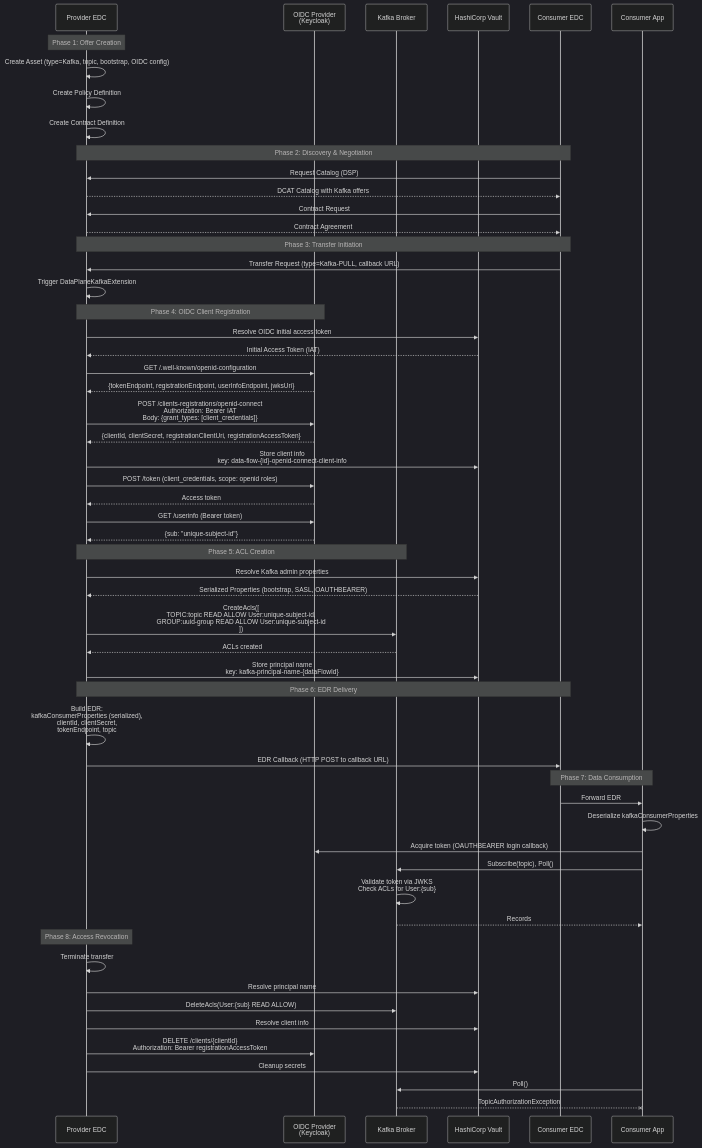
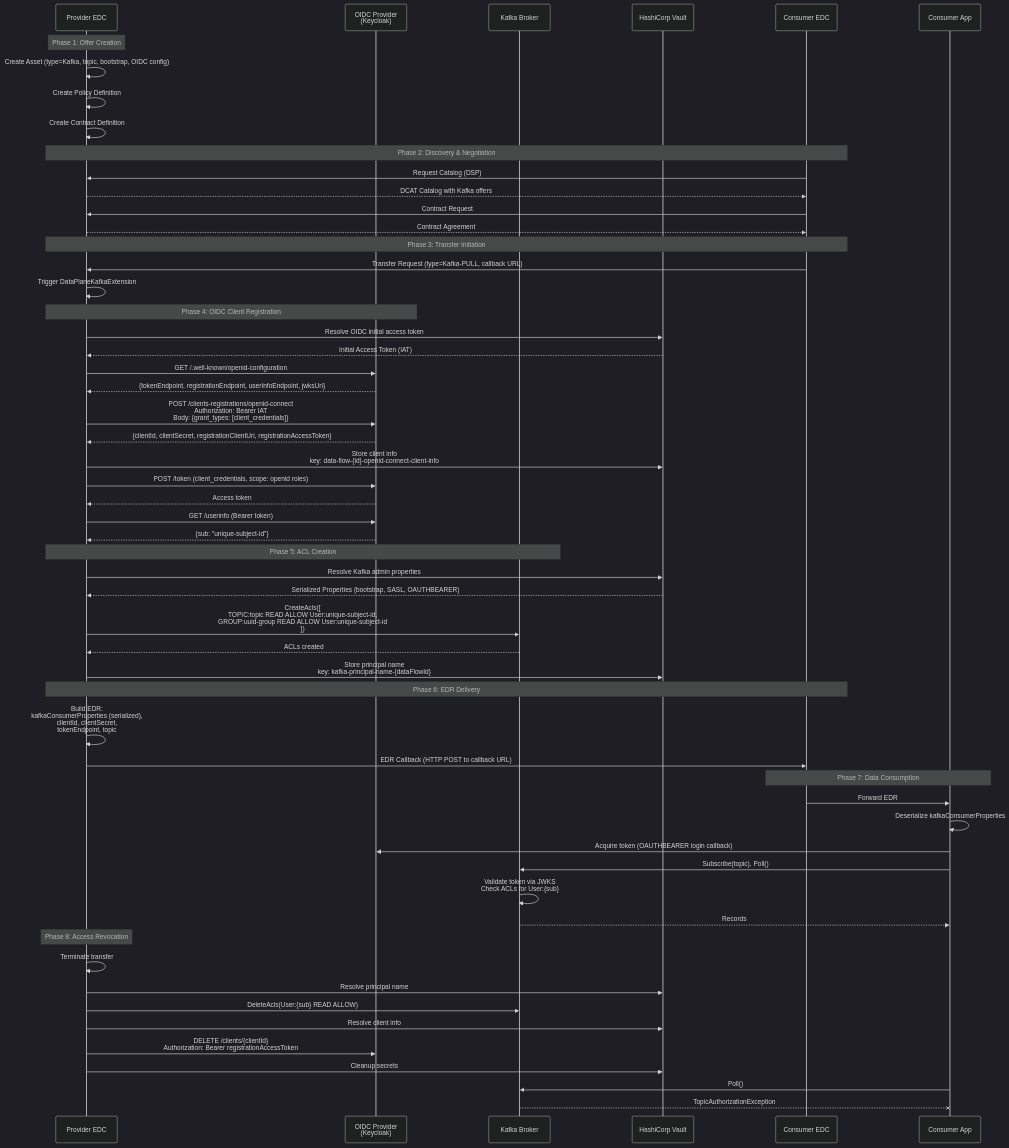
The second of 2 diagrams in docs/usage/mds_transfer_modes/kafka.md (Mobility-Data-Space/mds-edc), drawn with Mermaid (dark theme) before and after one commit. The commit also changed other lines of this file, not shown here.

````diff
--- a/docs/usage/mds_transfer_modes/kafka.md
+++ b/docs/usage/mds_transfer_modes/kafka.md
@@ -157,67 +78,68 @@
 ```mermaid
+%%{init: {'sequence': {'actorMargin': 200}} }%%
 sequenceDiagram
     participant Provider as Provider EDC
     participant OIDC as OIDC Provider<br/>(Keycloak)
     participant Kafka as Kafka Broker
     participant Vault as HashiCorp Vault
     participant Consumer as Consumer EDC
     participant App as Consumer App
 
     Note over Provider: Phase 1: Offer Creation
     Provider->>Provider: Create Asset (type=Kafka, topic, bootstrap, OIDC config)
     Provider->>Provider: Create Policy Definition
     Provider->>Provider: Create Contract Definition
 
     Note over Consumer,Provider: Phase 2: Discovery & Negotiation
     Consumer->>Provider: Request Catalog (DSP)
     Provider-->>Consumer: DCAT Catalog with Kafka offers
     Consumer->>Provider: Contract Request
     Provider-->>Consumer: Contract Agreement
 
     Note over Consumer,Provider: Phase 3: Transfer Initiation
     Consumer->>Provider: Transfer Request (type=Kafka-PULL, callback URL)
     Provider->>Provider: Trigger DataPlaneKafkaExtension
 
     Note over Provider,OIDC: Phase 4: OIDC Client Registration
     Provider->>Vault: Resolve OIDC initial access token
     Vault-->>Provider: Initial Access Token (IAT)
     Provider->>OIDC: GET /.well-known/openid-configuration
     OIDC-->>Provider: {tokenEndpoint, registrationEndpoint, userInfoEndpoint, jwksUri}
     Provider->>OIDC: POST /clients-registrations/openid-connect<br/>Authorization: Bearer IAT<br/>Body: {grant_types: [client_credentials]}
     OIDC-->>Provider: {clientId, clientSecret, registrationClientUri, registrationAccessToken}
     Provider->>Vault: Store client info<br/>key: data-flow-{id}-openid-connect-client-info
     Provider->>OIDC: POST /token (client_credentials, scope: openid roles)
     OIDC-->>Provider: Access token
     Provider->>OIDC: GET /userinfo (Bearer token)
     OIDC-->>Provider: {sub: "unique-subject-id"}
 
     Note over Provider,Kafka: Phase 5: ACL Creation
     Provider->>Vault: Resolve Kafka admin properties
     Vault-->>Provider: Serialized Properties (bootstrap, SASL, OAUTHBEARER)
     Provider->>Kafka: CreateAcls([<br/>  TOPIC:topic READ ALLOW User:unique-subject-id,<br/>  GROUP:uuid-group READ ALLOW User:unique-subject-id<br/>])
     Kafka-->>Provider: ACLs created
     Provider->>Vault: Store principal name<br/>key: kafka-principal-name-{dataFlowId}
 
     Note over Provider,Consumer: Phase 6: EDR Delivery
     Provider->>Provider: Build EDR:<br/>kafkaConsumerProperties (serialized),<br/>clientId, clientSecret,<br/>tokenEndpoint, topic
     Provider->>Consumer: EDR Callback (HTTP POST to callback URL)
 
     Note over Consumer,App: Phase 7: Data Consumption
     Consumer->>App: Forward EDR
     App->>App: Deserialize kafkaConsumerProperties
     App->>OIDC: Acquire token (OAUTHBEARER login callback)
     App->>Kafka: Subscribe(topic), Poll()
     Kafka->>Kafka: Validate token via JWKS<br/>Check ACLs for User:{sub}
     Kafka-->>App: Records
 
     Note over Provider: Phase 8: Access Revocation
     Provider->>Provider: Terminate transfer
     Provider->>Vault: Resolve principal name
     Provider->>Kafka: DeleteAcls(User:{sub} READ ALLOW)
     Provider->>Vault: Resolve client info
     Provider->>OIDC: DELETE /clients/{clientId}<br/>Authorization: Bearer registrationAccessToken
     Provider->>Vault: Cleanup secrets
 
     App->>Kafka: Poll()
     Kafka--xApp: TopicAuthorizationException
 ```
````
